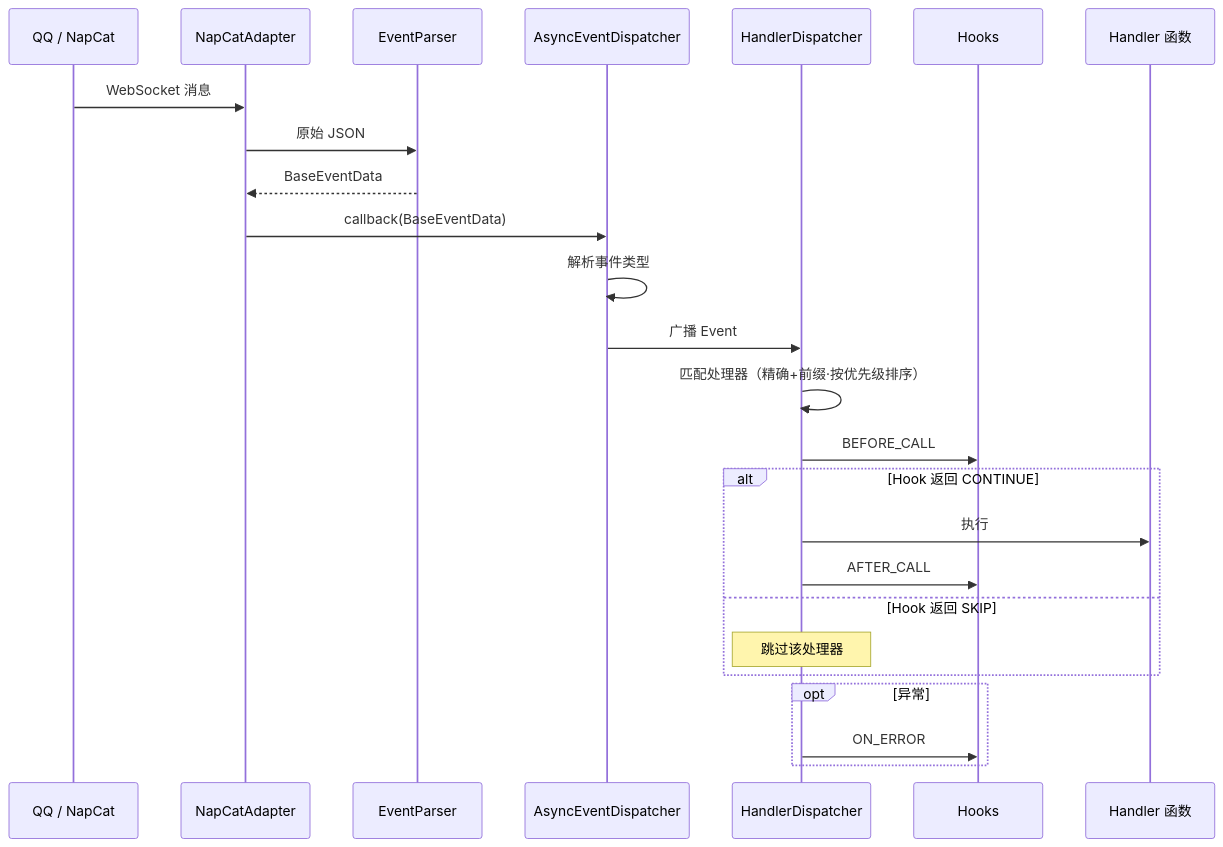
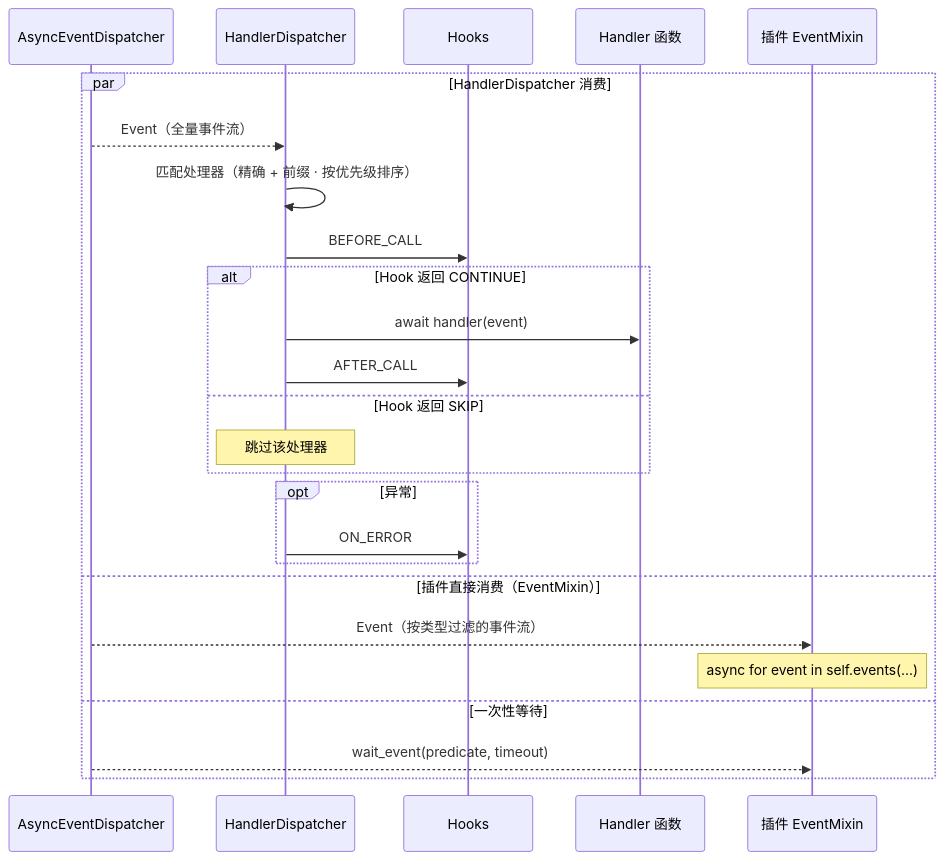
Before and after one commit to Sparrived/ncatbot: diagram 11 of 13 in docs/architecture.md, drawn with Mermaid. The commit also changed other lines of this file, not shown here.

First line of the commit message:
docs: update architecture for app/ layer and split event flow diagrams

````diff
--- a/docs/architecture.md
+++ b/docs/architecture.md
@@ -457,29 +486,28 @@
 ```mermaid
 sequenceDiagram
-    participant QQ as QQ / NapCat
-    participant Adapter as NapCatAdapter
-    participant Parser as EventParser
     participant Disp as AsyncEventDispatcher
     participant HDis as HandlerDispatcher
     participant Hook as Hooks
     participant Handler as Handler 函数
+    participant Plugin as 插件 EventMixin
 
-    QQ->>Adapter: WebSocket 消息
-    Adapter->>Parser: 原始 JSON
-    Parser-->>Adapter: BaseEventData
-    Adapter->>Disp: callback(BaseEventData)
-    Disp->>Disp: 解析事件类型
-    Disp->>HDis: 广播 Event
-
-    HDis->>HDis: 匹配处理器（精确+前缀·按优先级排序）
-    HDis->>Hook: BEFORE_CALL
-    alt Hook 返回 CONTINUE
-        HDis->>Handler: 执行
-        HDis->>Hook: AFTER_CALL
-    else Hook 返回 SKIP
-        Note over HDis: 跳过该处理器
-    end
-    opt 异常
-        HDis->>Hook: ON_ERROR
+    par HandlerDispatcher 消费
+        Disp-->>HDis: Event（全量事件流）
+        HDis->>HDis: 匹配处理器（精确 + 前缀 · 按优先级排序）
+        HDis->>Hook: BEFORE_CALL
+        alt Hook 返回 CONTINUE
+            HDis->>Handler: await handler(event)
+            HDis->>Hook: AFTER_CALL
+        else Hook 返回 SKIP
+            Note over HDis: 跳过该处理器
+        end
+        opt 异常
+            HDis->>Hook: ON_ERROR
+        end
+    and 插件直接消费（EventMixin）
+        Disp-->>Plugin: Event（按类型过滤的事件流）
+        Note over Plugin: async for event in self.events(...)
+    and 一次性等待
+        Disp-->>Plugin: wait_event(predicate, timeout)
     end
 ```
````
